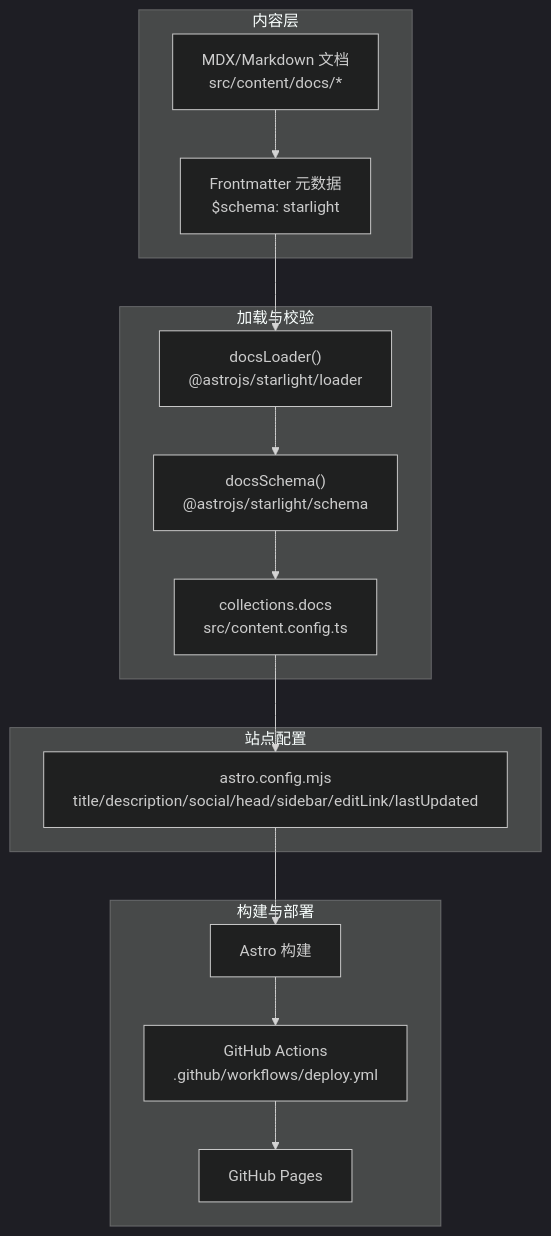
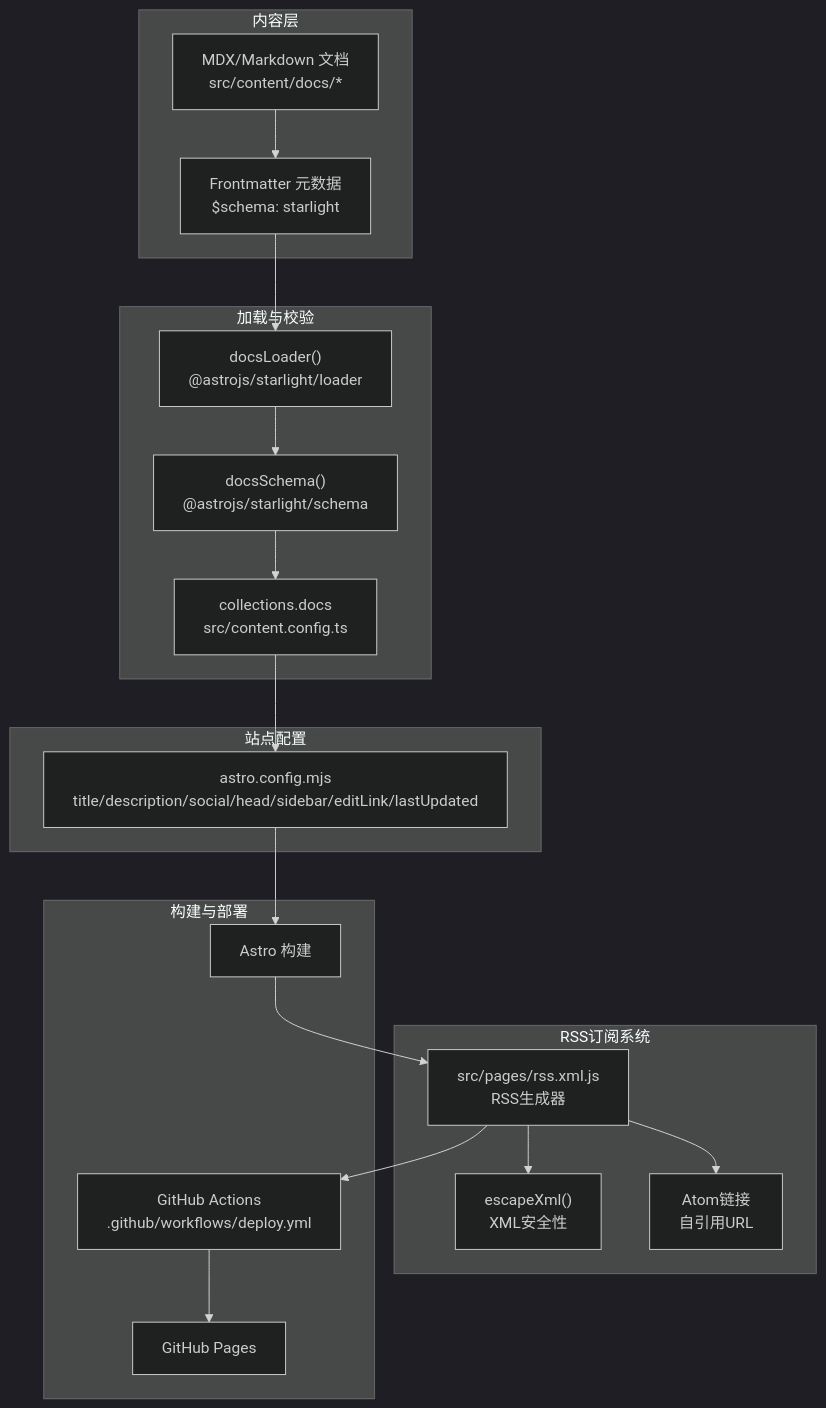
Before and after one commit to NTLx/ntlx.github.io: the second of 11 diagrams in .qoder/repowiki/zh/content/内容管理系统/内容管理系统.md, drawn with Mermaid (dark theme). The commit also changed other lines of this file and 7 other files, not shown here.

````diff
--- a/.qoder/repowiki/zh/content/内容管理系统/内容管理系统.md
+++ b/.qoder/repowiki/zh/content/内容管理系统/内容管理系统.md
@@ -90,28 +112,36 @@
 ```mermaid
 graph TB
 subgraph "内容层"
 M["MDX/Markdown 文档<br/>src/content/docs/*"]
 F["Frontmatter 元数据<br/>$schema: starlight"]
 end
 subgraph "加载与校验"
 L["docsLoader()<br/>@astrojs/starlight/loader"]
 S["docsSchema()<br/>@astrojs/starlight/schema"]
 C["collections.docs<br/>src/content.config.ts"]
 end
 subgraph "站点配置"
 A["astro.config.mjs<br/>title/description/social/head/sidebar/editLink/lastUpdated"]
 end
+subgraph "RSS订阅系统"
+R["src/pages/rss.xml.js<br/>RSS生成器"]
+X["escapeXml()<br/>XML安全性"]
+AS["Atom链接<br/>自引用URL"]
+end
 subgraph "构建与部署"
 B["Astro 构建"]
 W["GitHub Actions<br/>.github/workflows/deploy.yml"]
 P["GitHub Pages"]
 end
 M --> F
 F --> L
 L --> S
 S --> C
 C --> A
 A --> B
-B --> W
+B --> R
+R --> X
+R --> AS
+R --> W
 W --> P
 ```
````
